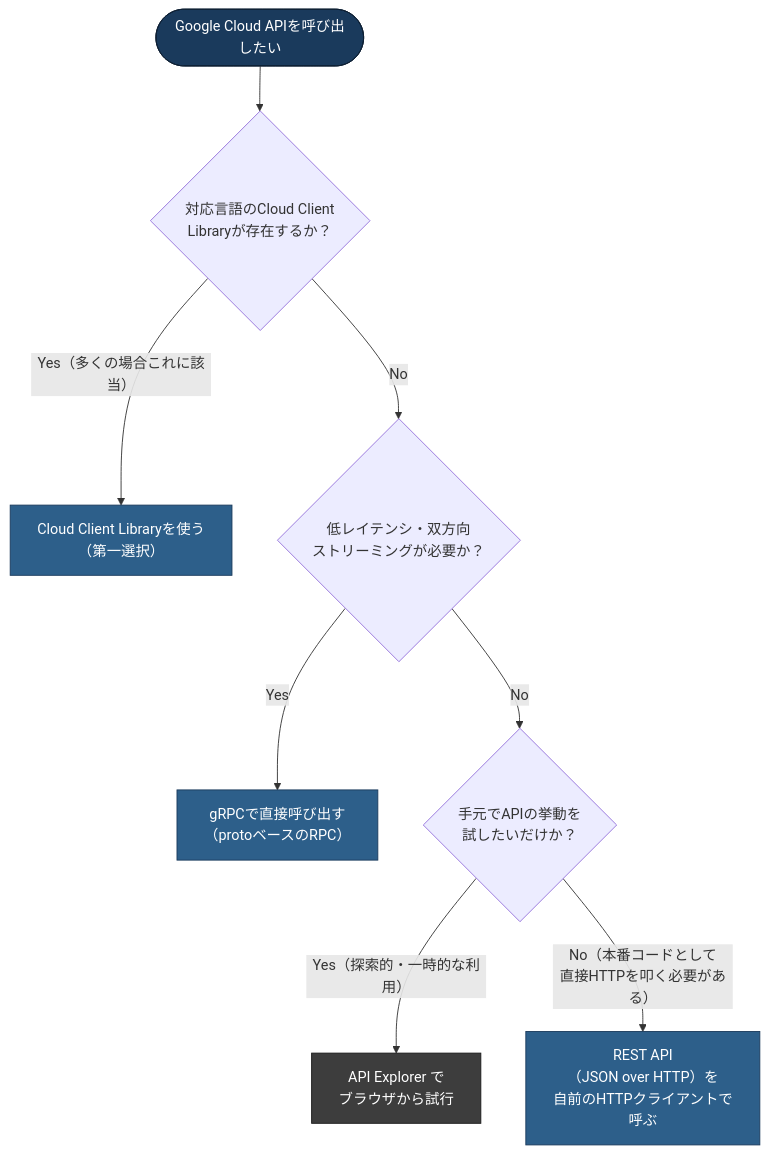
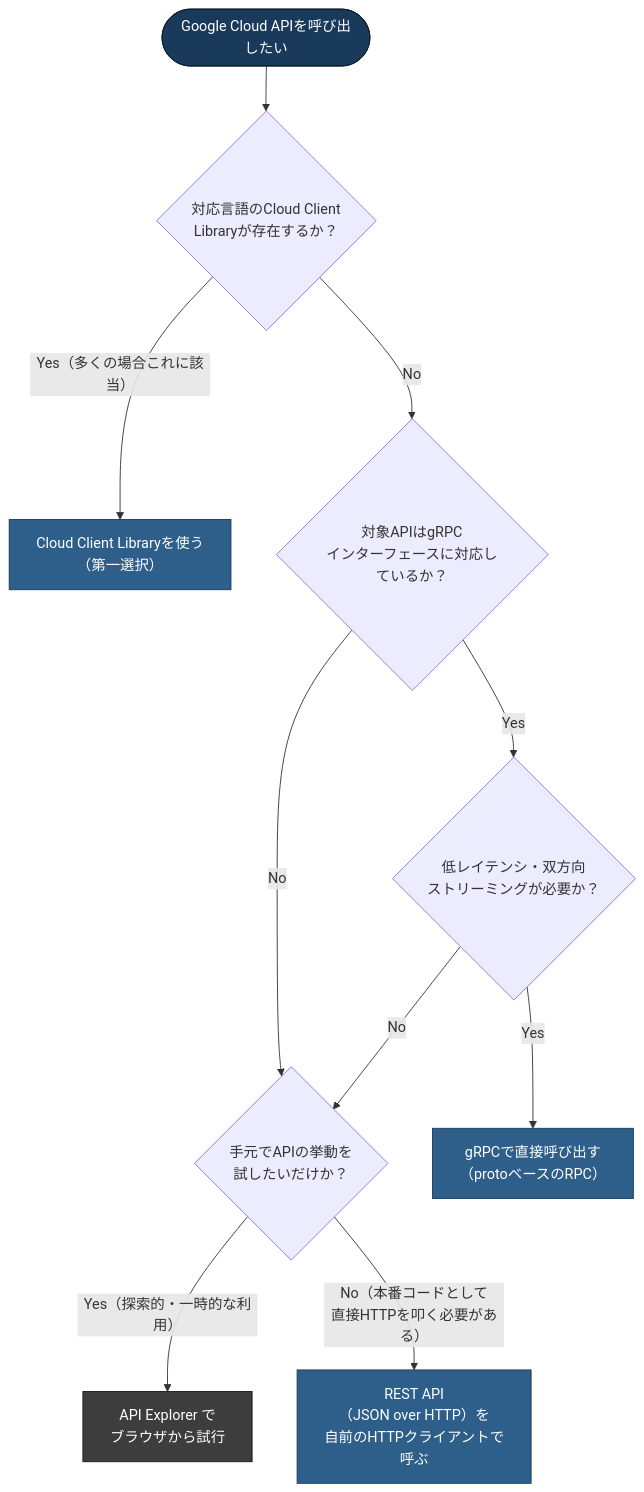
One commit to myoshi2891/Cloud-Infrastructure-Studies changed the eighth of 15 diagrams in Gcp-professional-cloud-developer-section4.md. Above: the diagram before and after it, drawn with Mermaid. The commit also changed other lines of this file, not shown here.

Commit message:
docs(pcd): clarify gRPC interface check, retry idempotency and trace logging in section 4

````diff
--- a/Gcp-professional-cloud-developer-section4.md
+++ b/Gcp-professional-cloud-developer-section4.md
@@ -386,16 +386,18 @@
 ```mermaid
 flowchart TD
     Start(["Google Cloud APIを呼び出したい"]) --> Q1{"対応言語のCloud Client<br/>Libraryが存在するか？"}
     Q1 -->|"Yes（多くの場合これに該当）"| CL["Cloud Client Libraryを使う<br/>（第一選択）"]
-    Q1 -->|"No"| Q2{"低レイテンシ・双方向<br/>ストリーミングが必要か？"}
+    Q1 -->|"No"| Q1b{"対象APIはgRPC<br/>インターフェースに対応しているか？"}
+    Q1b -->|"No"| Q3{"手元でAPIの挙動を<br/>試したいだけか？"}
+    Q1b -->|"Yes"| Q2{"低レイテンシ・双方向<br/>ストリーミングが必要か？"}
     Q2 -->|"Yes"| GRPC["gRPCで直接呼び出す<br/>（protoベースのRPC）"]
-    Q2 -->|"No"| Q3{"手元でAPIの挙動を<br/>試したいだけか？"}
+    Q2 -->|"No"| Q3
     Q3 -->|"Yes（探索的・一時的な利用）"| Explorer["API Explorer で<br/>ブラウザから試行"]
     Q3 -->|"No（本番コードとして<br/>直接HTTPを叩く必要がある）"| REST["REST API<br/>（JSON over HTTP）を<br/>自前のHTTPクライアントで呼ぶ"]
 
     style Start fill:#1a3a5c,stroke:#0d1f33,color:#ffffff
     style CL fill:#2d5f8a,stroke:#1a3a5c,color:#ffffff
     style GRPC fill:#2d5f8a,stroke:#1a3a5c,color:#ffffff
     style Explorer fill:#3d3d3d,stroke:#1a1a1a,color:#ffffff
     style REST fill:#2d5f8a,stroke:#1a3a5c,color:#ffffff
 ```
````
